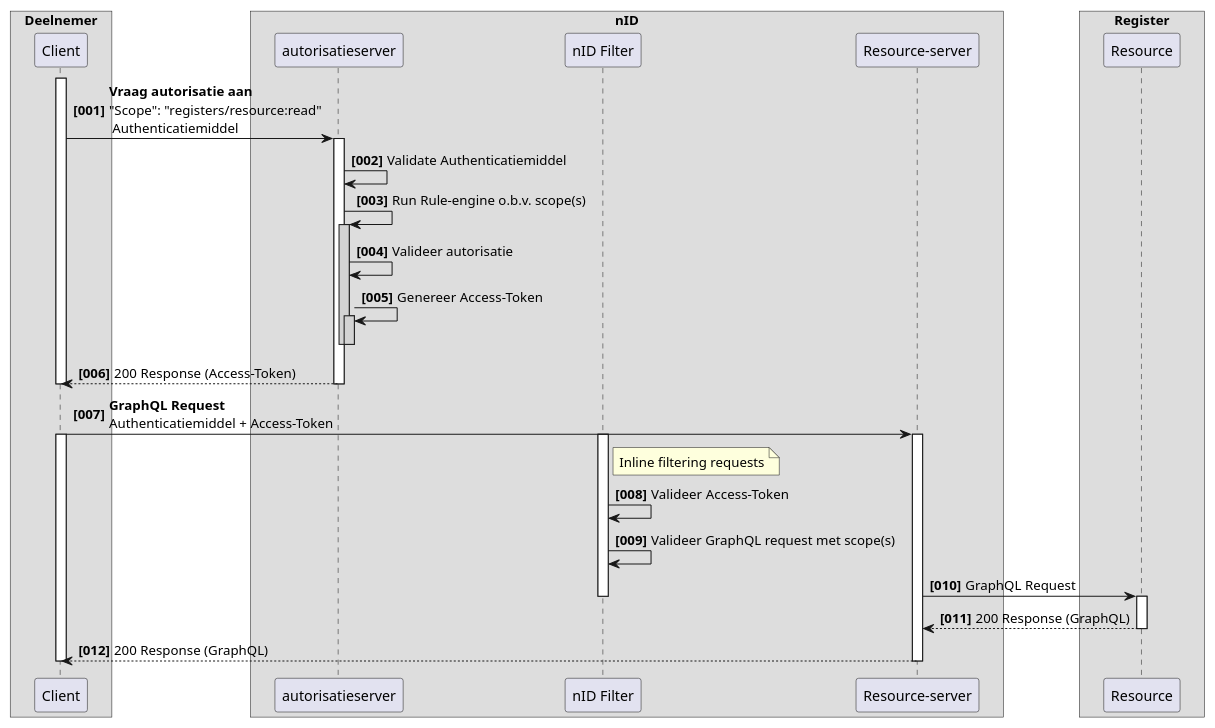
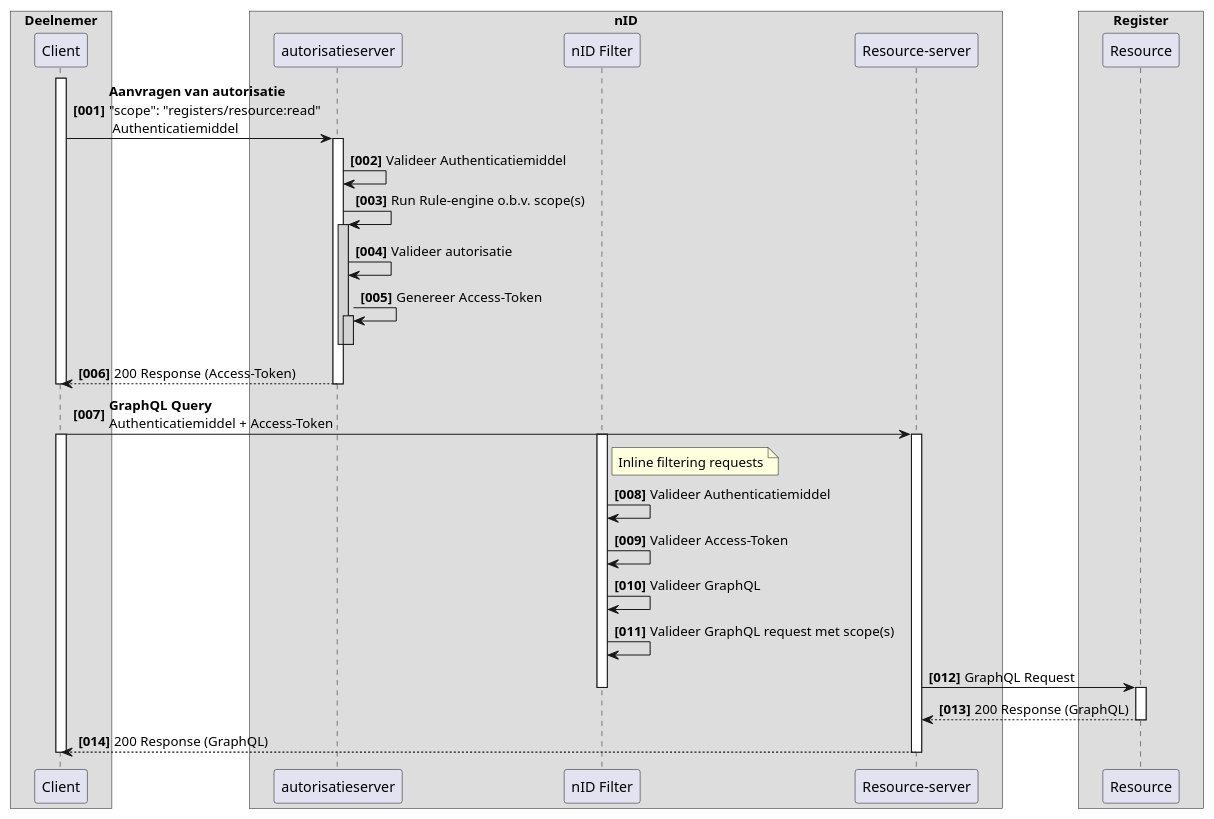
The first of 2 diagrams in RFC/RFC0014 - Functionele uitwerking aanvragen van autorisatie.md (iStandaarden/iWlz-RequestForComment), drawn with PlantUML before and after one commit. The commit also changed other lines of this file and 3 other files, not shown here.

````diff
--- a/RFC/RFC0014 - Functionele uitwerking aanvragen van autorisatie.md
+++ b/RFC/RFC0014 - Functionele uitwerking aanvragen van autorisatie.md
@@ -76,64 +88,61 @@
 ```plantuml
 @startuml rfc0014-01-aanvragen_autorisatie
 ' !pragma teoz true
 
 skinparam ParticipantPadding 20
 skinparam BoxPadding 10
 
 box "Deelnemer"
     participant "Client" as Client
 end box
 
-box "autorisatieserver"
-    
-end box
-
 box "nID"
-    participant "autorisatieserver" as AuthEP
+    participant "autorisatieserver" as AuthzServer
     participant "nID Filter" as Filter
-    participant "Resource-server" as ProxyR
+    participant "Resource-server" as nIDResourceServer
 end box
 
 box "Register"
     participant "Resource" as BEMRegister
 end box
 
 autonumber "<b>[000]"
 activate Client
-Client -> AuthEP: **Vraag autorisatie aan**\n"Scope": "registers/resource:read"\n Authenticatiemiddel
-activate AuthEP
-AuthEP -> AuthEP: Validate Authenticatiemiddel
-AuthEP -> AuthEP: Run Rule-engine o.b.v. scope(s)
-activate AuthEP #LightGray
-AuthEP -> AuthEP: Valideer autorisatie
-AuthEP -> AuthEP: Genereer Access-Token
-activate AuthEP #LightGray
-deactivate AuthEP
-deactivate AuthEP
-AuthEP --> Client --: 200 Response (Access-Token)
-deactivate AuthEP
+    Client -> AuthzServer: **Aanvragen van autorisatie**\n"scope": "registers/resource:read"\n Authenticatiemiddel
+    activate AuthzServer
+        AuthzServer -> AuthzServer: Valideer Authenticatiemiddel
+        AuthzServer -> AuthzServer: Run Rule-engine o.b.v. scope(s)
+        activate AuthzServer #LightGray
+            AuthzServer -> AuthzServer: Valideer autorisatie
+            AuthzServer -> AuthzServer: Genereer Access-Token
+            activate AuthzServer #LightGray
+            deactivate AuthzServer
+        deactivate AuthzServer
+        AuthzServer --> Client --: 200 Response (Access-Token)
+    deactivate AuthzServer
 deactivate Client
 
-Client -> ProxyR: **GraphQL Request**\nAuthenticatiemiddel + Access-Token
-activate ProxyR
+Client -> nIDResourceServer: **GraphQL Query**\nAuthenticatiemiddel + Access-Token
+activate nIDResourceServer
 activate Filter
 note right of Filter: Inline filtering requests
 activate Client
-
+Filter -> Filter: Valideer Authenticatiemiddel
 Filter -> Filter: Valideer Access-Token
+Filter -> Filter: Valideer GraphQL
 Filter -> Filter: Valideer GraphQL request met scope(s)
 
-ProxyR -> BEMRegister: GraphQL Request
+nIDResourceServer -> BEMRegister: GraphQL Request
 deactivate Filter
 activate BEMRegister
 
-BEMRegister --> ProxyR: 200 Response (GraphQL)
+BEMRegister --> nIDResourceServer: 200 Response (GraphQL)
 deactivate BEMRegister
 
-ProxyR --> Client: 200 Response (GraphQL)
-deactivate ProxyR
+nIDResourceServer --> Client: 200 Response (GraphQL)
+deactivate nIDResourceServer
 
 deactivate Client
 @enduml
 
 ```
````
